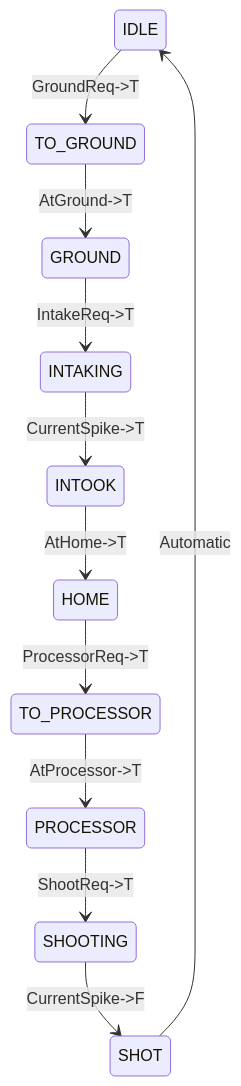
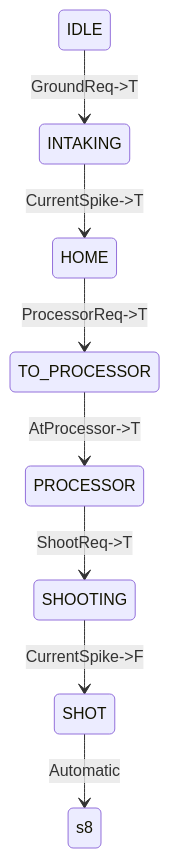
One commit to WaltonRobotics/Reefscape changed the diagram in docs/Algae.md. Above: the diagram before and after it, drawn with Mermaid. The commit also changed other lines of this file and 1 other file, not shown here.

````diff
--- a/docs/Algae.md
+++ b/docs/Algae.md
@@ -16,25 +16,19 @@
 ```mermaid
 stateDiagram
     state "IDLE" as s1
-    state "TO_GROUND" as s2
-    state "GROUND" as s3
-    state "INTAKING" as s4
-    state "INTOOK" as s5
-    state "HOME" as s6
-    state "TO_PROCESSOR" as s7
-    state "PROCESSOR" as s8
-    state "SHOOTING" as s9
-    state "SHOT" as s10
+    state "INTAKING" as s2
+    state "HOME" as s3
+    state "TO_PROCESSOR" as s4
+    state "PROCESSOR" as s5
+    state "SHOOTING" as s6
+    state "SHOT" as s7
 
     s1 --> s2: GroundReq->T
-    s2 --> s3: AtGround->T
-    s3 --> s4: IntakeReq->T
-    s4 --> s5: CurrentSpike->T
-    s5 --> s6: AtHome->T
-    s6 --> s7: ProcessorReq->T
-    s7 --> s8: AtProcessor->T
-    s8 --> s9: ShootReq->T
-    s9 --> s10: CurrentSpike->F
-    s10 --> s1: Automatic
+    s2 --> s3: CurrentSpike->T
+    s3 --> s4: ProcessorReq->T
+    s4 --> s5: AtProcessor->T
+    s5 --> s6: ShootReq->T
+    s6 --> s7: CurrentSpike->F
+    s7 --> s8: Automatic
 
 ```
````
